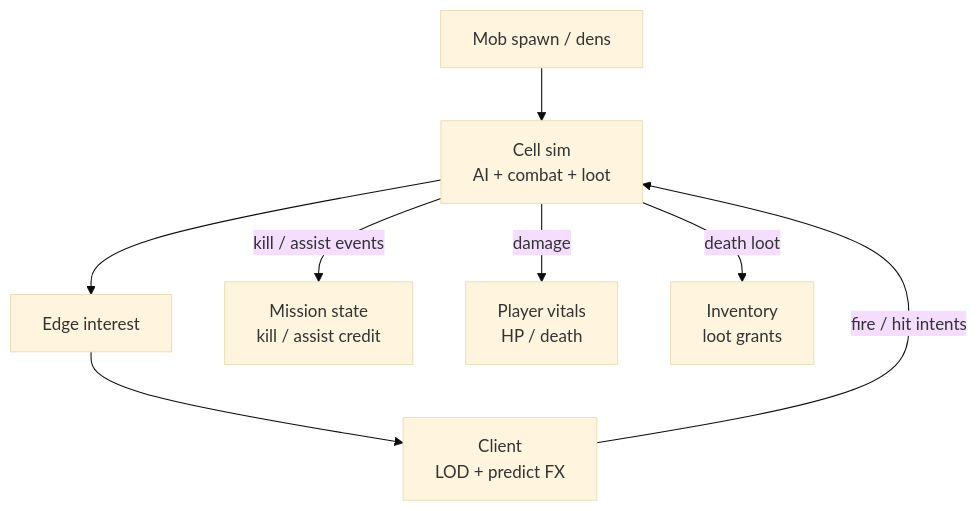
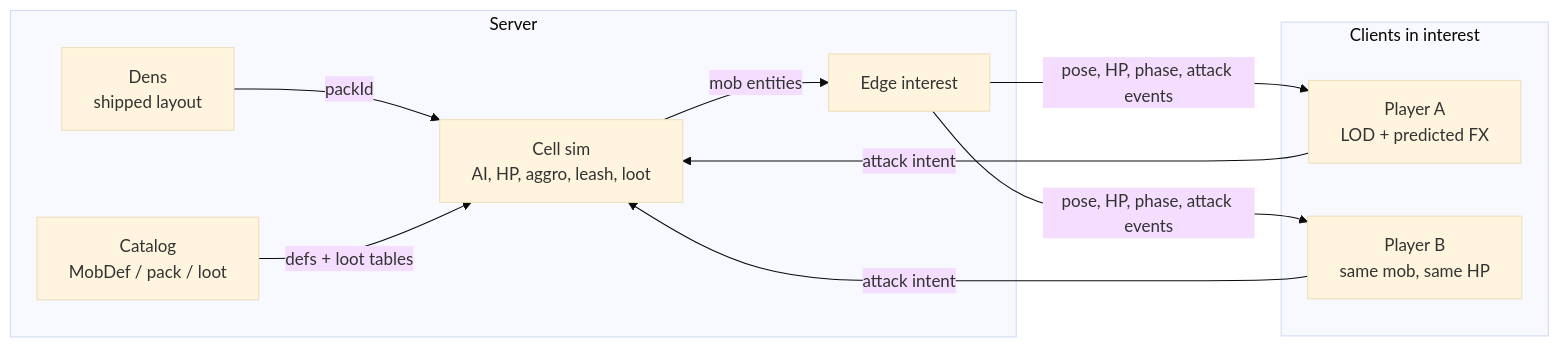
One commit to AlanGreyjoy/claudecitizen changed the first of 3 diagrams in docs/docs/architecture/mobs.md. Above: the diagram before and after it, drawn with Mermaid (base theme). The commit also changed other lines of this file and 49 other files, not shown here.

First line of the commit message:
feat(docs): update architecture documentation for character combat and locomotion

````diff
--- a/docs/docs/architecture/mobs.md
+++ b/docs/docs/architecture/mobs.md
@@ -81,16 +70,20 @@
 ```mermaid
-flowchart TB
-  Spawn["Mob spawn / dens"]
-  Cell["Cell sim<br/>AI + combat + loot"]
-  Edge["Edge interest"]
-  Client["Client<br/>LOD + predict FX"]
-  Mission["Mission state<br/>kill / assist credit"]
-  Player["Player vitals<br/>HP / death"]
-  Inv["Inventory<br/>loot grants"]
-  Spawn --> Cell
-  Client -->|"fire / hit intents"| Cell
-  Cell --> Edge --> Client
-  Cell -->|"kill / assist events"| Mission
-  Cell -->|"damage"| Player
-  Cell -->|"death loot"| Inv
+flowchart LR
+  subgraph server["Server"]
+    Den["Dens<br/>shipped layout"]
+    Catalog["Catalog<br/>MobDef / pack / loot"]
+    Cell["Cell sim<br/>AI, HP, aggro, leash, loot"]
+    Edge["Edge interest"]
+  end
+  subgraph clients["Clients in interest"]
+    A["Player A<br/>LOD + predicted FX"]
+    B["Player B<br/>same mob, same HP"]
+  end
+  Den -->|"packId"| Cell
+  Catalog -->|"defs + loot tables"| Cell
+  Cell -->|"mob entities"| Edge
+  Edge -->|"pose, HP, phase, attack events"| A
+  Edge -->|"pose, HP, phase, attack events"| B
+  A -->|"attack intent"| Cell
+  B -->|"attack intent"| Cell
 ```
````
